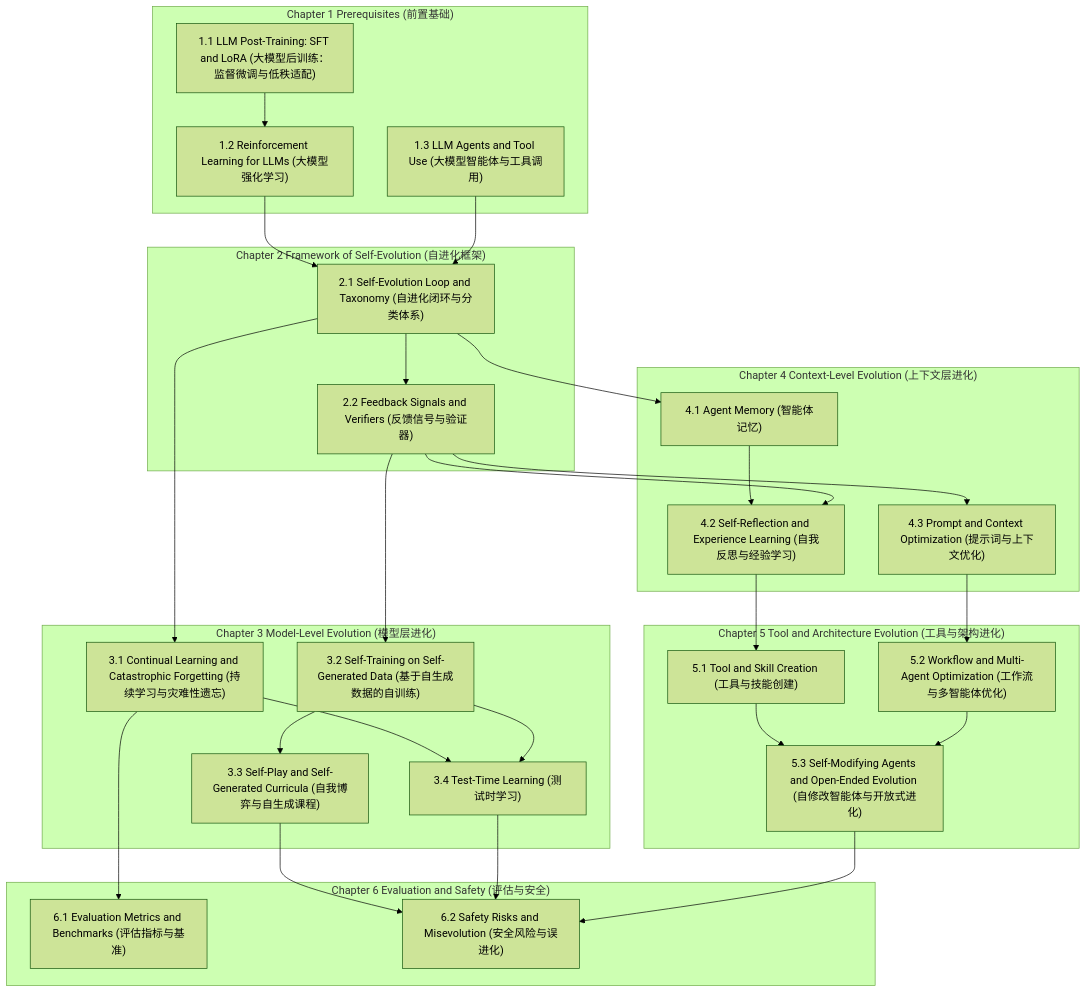
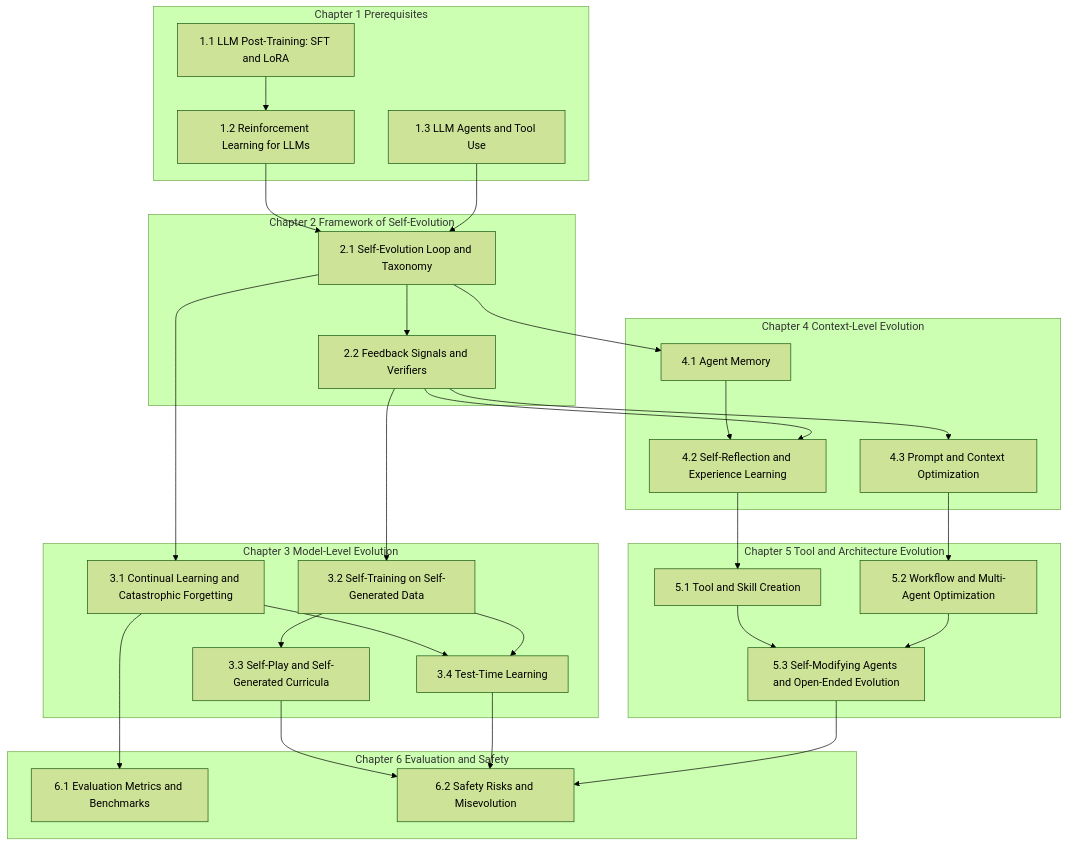
The diagram in src/content/posts/部署后自进化学习框架.md (iStarrySummer/iStarrySummer.github.io), drawn with Mermaid (forest theme) before and after one commit. The commit also changed other lines of this file and 2 other files, not shown here.

Commit message:
style: simplify post metadata and translate self-evolution article

````diff
--- a/src/content/posts/部署后自进化学习框架.md
+++ b/src/content/posts/部署后自进化学习框架.md
@@ -16,53 +16,53 @@
 ```mermaid
 flowchart TD
-  subgraph c1["Chapter 1 Prerequisites (前置基础)"]
-    s1_1["1.1 LLM Post-Training: SFT and LoRA (大模型后训练：监督微调与低秩适配)"]
-    s1_2["1.2 Reinforcement Learning for LLMs (大模型强化学习)"]
-    s1_3["1.3 LLM Agents and Tool Use (大模型智能体与工具调用)"]
+  subgraph c1["Chapter 1 Prerequisites"]
+    s1_1["1.1 LLM Post-Training: SFT and LoRA"]
+    s1_2["1.2 Reinforcement Learning for LLMs"]
+    s1_3["1.3 LLM Agents and Tool Use"]
   end
-  subgraph c2["Chapter 2 Framework of Self-Evolution (自进化框架)"]
-    s2_1["2.1 Self-Evolution Loop and Taxonomy (自进化闭环与分类体系)"]
-    s2_2["2.2 Feedback Signals and Verifiers (反馈信号与验证器)"]
+  subgraph c2["Chapter 2 Framework of Self-Evolution"]
+    s2_1["2.1 Self-Evolution Loop and Taxonomy"]
+    s2_2["2.2 Feedback Signals and Verifiers"]
   end
-  subgraph c3["Chapter 3 Model-Level Evolution (模型层进化)"]
-    s3_1["3.1 Continual Learning and Catastrophic Forgetting (持续学习与灾难性遗忘)"]
-    s3_2["3.2 Self-Training on Self-Generated Data (基于自生成数据的自训练)"]
-    s3_3["3.3 Self-Play and Self-Generated Curricula (自我博弈与自生成课程)"]
-    s3_4["3.4 Test-Time Learning (测试时学习)"]
+  subgraph c3["Chapter 3 Model-Level Evolution"]
+    s3_1["3.1 Continual Learning and Catastrophic Forgetting"]
+    s3_2["3.2 Self-Training on Self-Generated Data"]
+    s3_3["3.3 Self-Play and Self-Generated Curricula"]
+    s3_4["3.4 Test-Time Learning"]
   end
-  subgraph c4["Chapter 4 Context-Level Evolution (上下文层进化)"]
-    s4_1["4.1 Agent Memory (智能体记忆)"]
-    s4_2["4.2 Self-Reflection and Experience Learning (自我反思与经验学习)"]
-    s4_3["4.3 Prompt and Context Optimization (提示词与上下文优化)"]
+  subgraph c4["Chapter 4 Context-Level Evolution"]
+    s4_1["4.1 Agent Memory"]
+    s4_2["4.2 Self-Reflection and Experience Learning"]
+    s4_3["4.3 Prompt and Context Optimization"]
   end
-  subgraph c5["Chapter 5 Tool and Architecture Evolution (工具与架构进化)"]
-    s5_1["5.1 Tool and Skill Creation (工具与技能创建)"]
-    s5_2["5.2 Workflow and Multi-Agent Optimization (工作流与多智能体优化)"]
-    s5_3["5.3 Self-Modifying Agents and Open-Ended Evolution (自修改智能体与开放式进化)"]
+  subgraph c5["Chapter 5 Tool and Architecture Evolution"]
+    s5_1["5.1 Tool and Skill Creation"]
+    s5_2["5.2 Workflow and Multi-Agent Optimization"]
+    s5_3["5.3 Self-Modifying Agents and Open-Ended Evolution"]
   end
-  subgraph c6["Chapter 6 Evaluation and Safety (评估与安全)"]
-    s6_1["6.1 Evaluation Metrics and Benchmarks (评估指标与基准)"]
-    s6_2["6.2 Safety Risks and Misevolution (安全风险与误进化)"]
+  subgraph c6["Chapter 6 Evaluation and Safety"]
+    s6_1["6.1 Evaluation Metrics and Benchmarks"]
+    s6_2["6.2 Safety Risks and Misevolution"]
   end
   s1_1 --> s1_2
   s1_2 --> s2_1
   s1_3 --> s2_1
   s2_1 --> s2_2
   s2_1 --> s3_1
   s2_2 --> s3_2
   s3_2 --> s3_3
   s3_1 --> s3_4
   s3_2 --> s3_4
   s2_1 --> s4_1
   s4_1 --> s4_2
   s2_2 --> s4_2
   s2_2 --> s4_3
   s4_2 --> s5_1
   s4_3 --> s5_2
   s5_1 --> s5_3
   s5_2 --> s5_3
   s3_1 --> s6_1
   s3_3 --> s6_2
   s3_4 --> s6_2
   s5_3 --> s6_2
 ```
````
